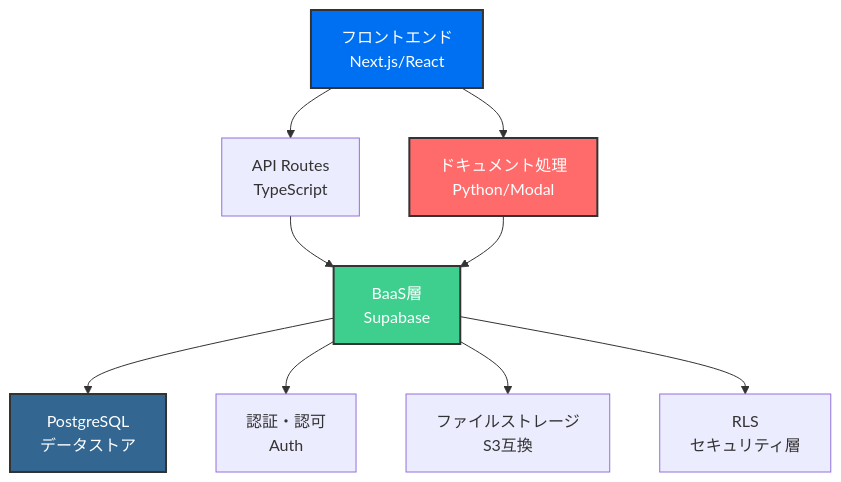
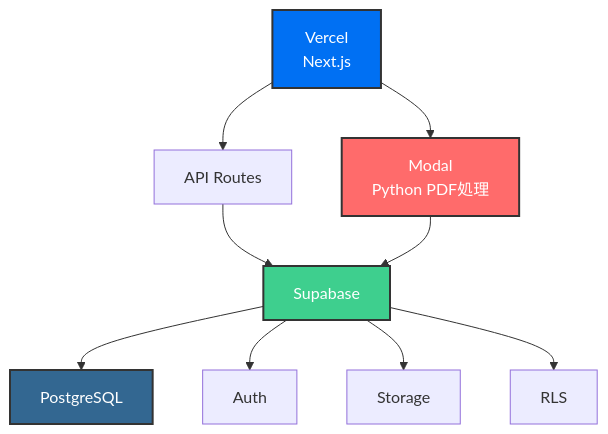
One commit to japancareer/explain-docs changed the diagram in docs/saas-engineering-overview.md. Above: the diagram before and after it, drawn with Mermaid. The commit also changed other lines of this file, not shown here.

````diff
--- a/docs/saas-engineering-overview.md
+++ b/docs/saas-engineering-overview.md
@@ -30,16 +11,16 @@
 ```mermaid
 graph TD
-    A[フロントエンド<br/>Next.js/React] --> B[API Routes<br/>TypeScript]
-    A --> C[ドキュメント処理<br/>Python/Modal]
-    B --> D[BaaS層<br/>Supabase]
+    A[Vercel<br/>Next.js] --> B[API Routes]
+    A --> C[Modal<br/>Python PDF処理]
+    B --> D[Supabase]
     C --> D
-    D --> E[PostgreSQL<br/>データストア]
-    D --> F[認証・認可<br/>Auth]
-    D --> G[ファイルストレージ<br/>S3互換]
-    D --> H[RLS<br/>セキュリティ層]
+    D --> E[PostgreSQL]
+    D --> F[Auth]
+    D --> G[Storage]
+    D --> H[RLS]
     
     style A fill:#0070f3,stroke:#333,stroke-width:2px,color:#fff
     style C fill:#ff6b6b,stroke:#333,stroke-width:2px,color:#fff
     style D fill:#3ecf8e,stroke:#333,stroke-width:2px,color:#fff
     style E fill:#336791,stroke:#333,stroke-width:2px,color:#fff
 ```
````
